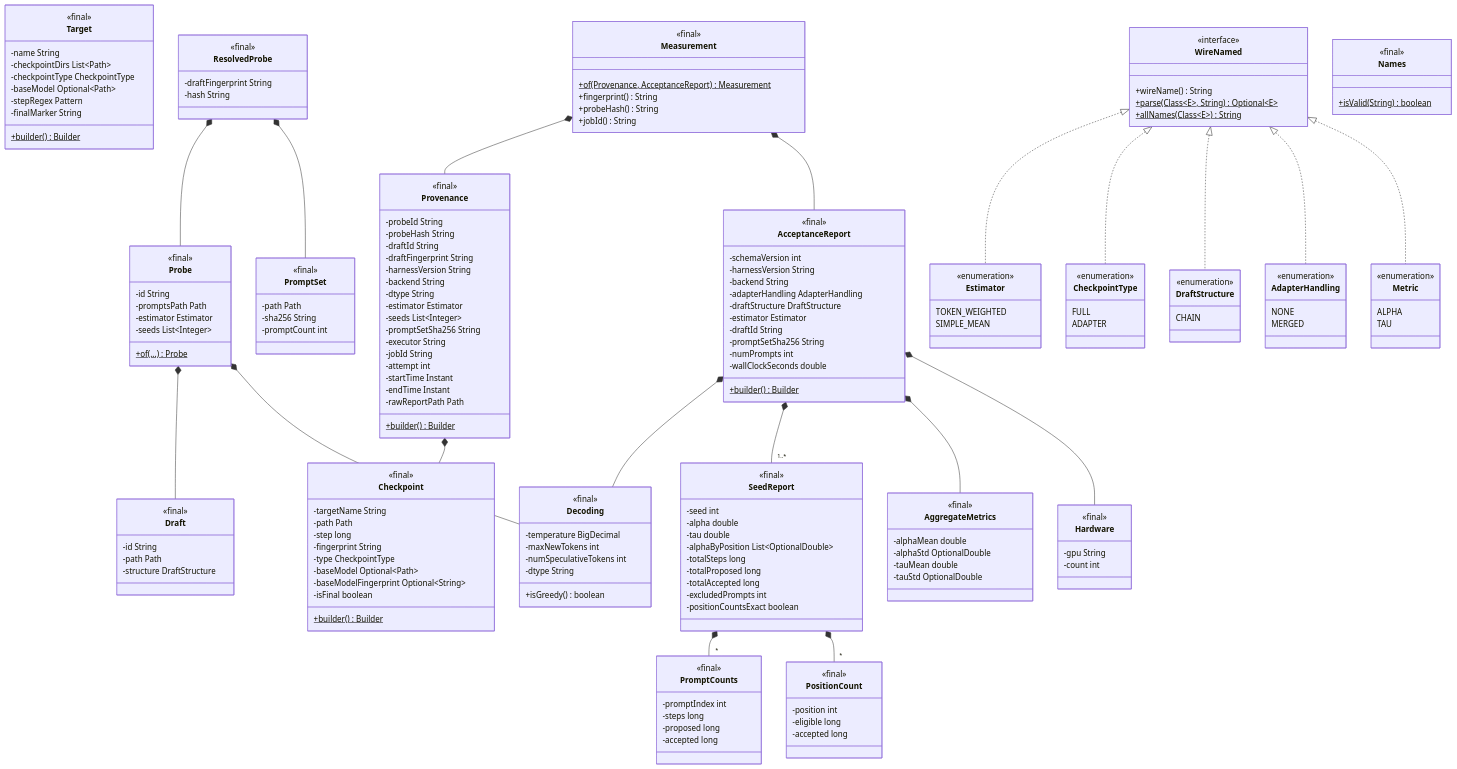
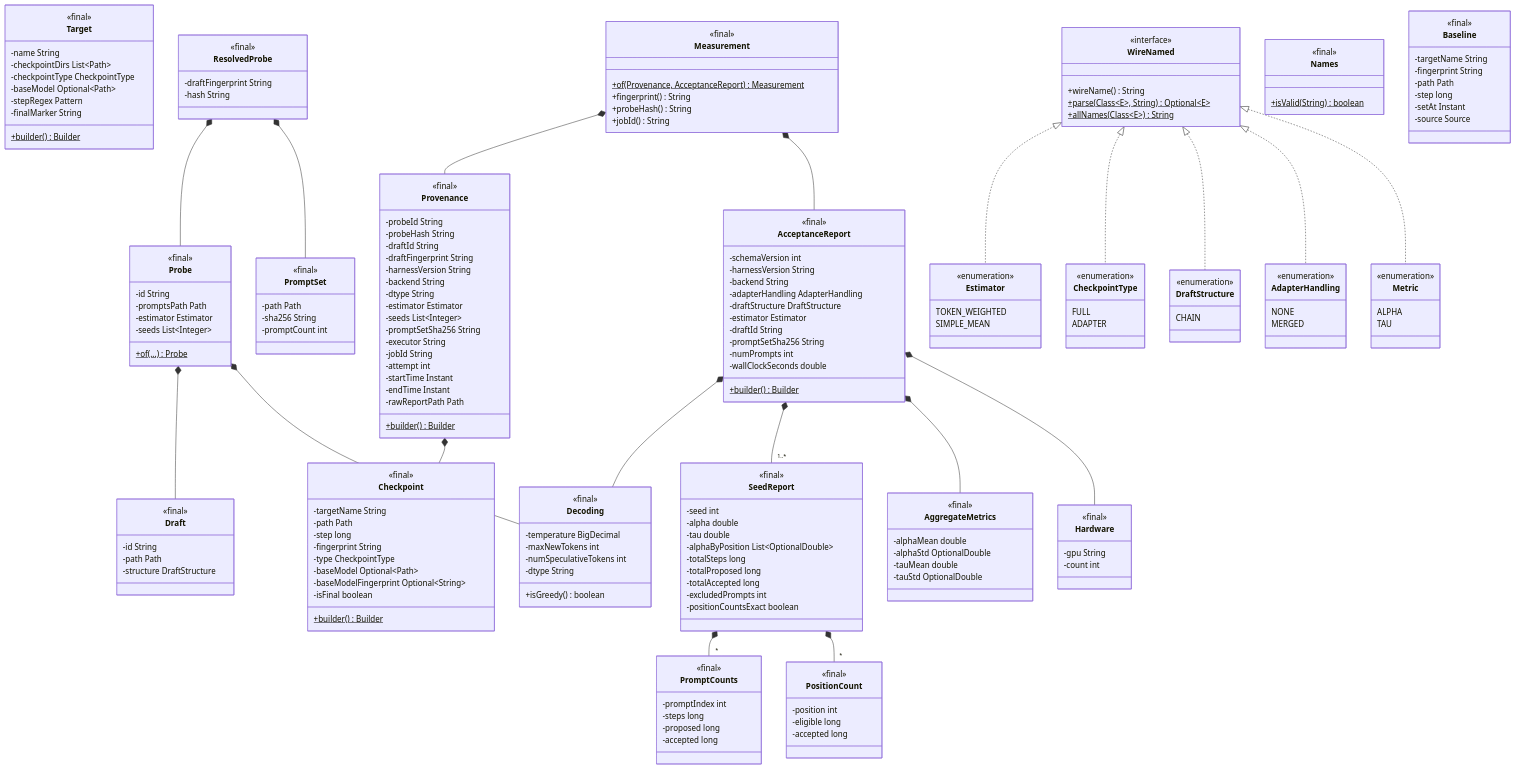
The third of 12 diagrams in docs/uml/class-diagram.md (ritikmahy5/draftwatch), drawn with Mermaid before and after one commit. The commit also changed other lines of this file and 2 other files, not shown here.

Commit message:
docs: update architecture, class diagram, and README for M3

```diff
--- a/docs/uml/class-diagram.md
+++ b/docs/uml/class-diagram.md
@@ -434,6 +455,15 @@
     <<final>>
     +isValid(String)$ boolean
   }
+  class Baseline {
+    <<final>>
+    -targetName String
+    -fingerprint String
+    -path Path
+    -step long
+    -setAt Instant
+    -source Source
+  }
 
   Probe *-- Draft
   Probe *-- Decoding
```
